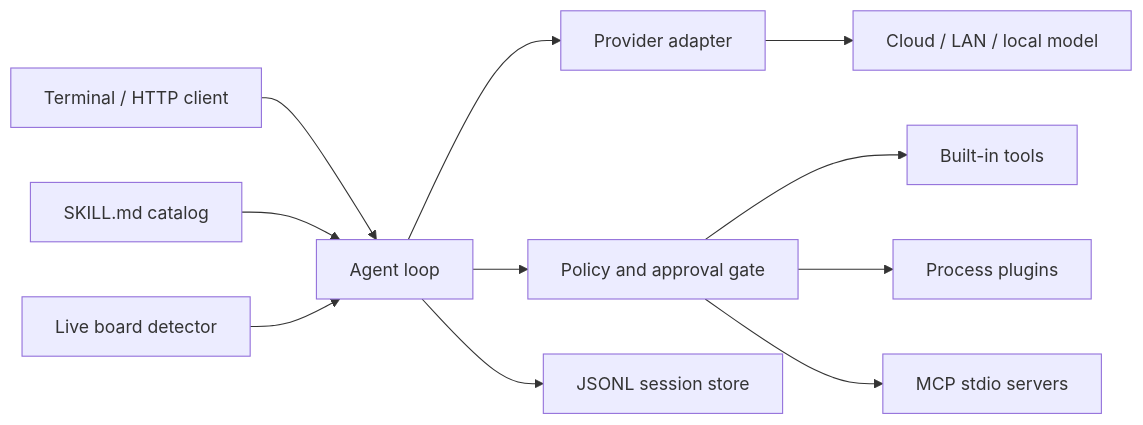
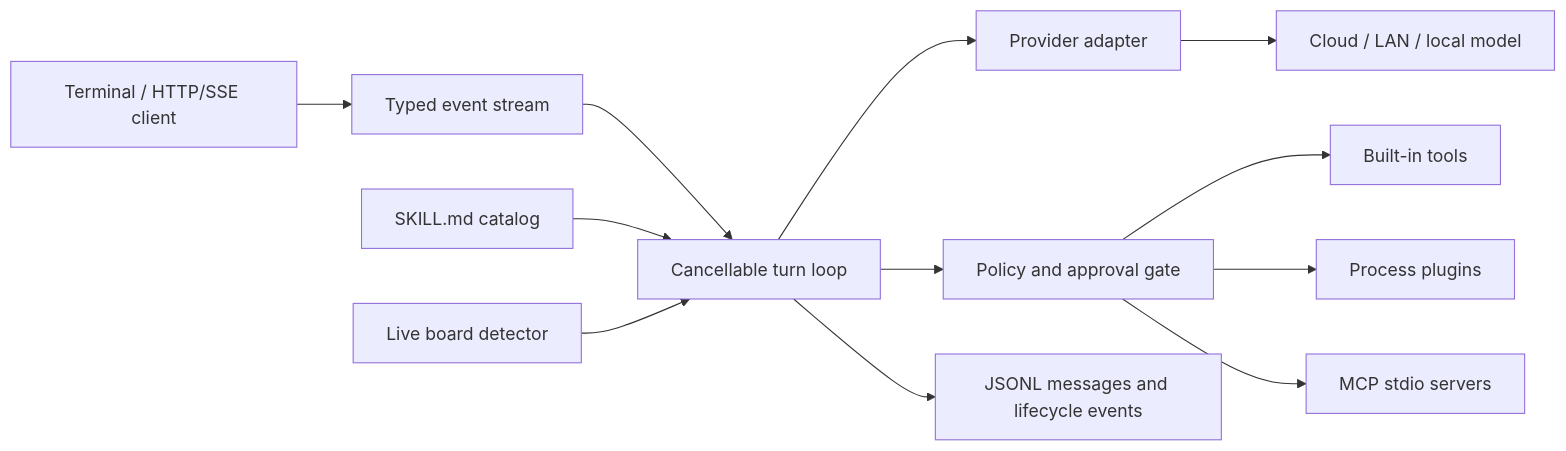
The diagram in docs/architecture.md (Kyrie-w8/hobot-code), drawn with Mermaid before and after one commit. The commit also changed other lines of this file and 15 other files, not shown here.

````diff
--- a/docs/architecture.md
+++ b/docs/architecture.md
@@ -5,13 +5,14 @@
 ```mermaid
 flowchart LR
-  U["Terminal / HTTP client"] --> A["Agent loop"]
+  U["Terminal / HTTP/SSE client"] --> E["Typed event stream"]
+  E --> A["Cancellable turn loop"]
   A --> P["Provider adapter"]
   P --> M["Cloud / LAN / local model"]
   A --> G["Policy and approval gate"]
   G --> T["Built-in tools"]
   G --> X["Process plugins"]
   G --> C["MCP stdio servers"]
-  A --> S["JSONL session store"]
+  A --> S["JSONL messages and lifecycle events"]
   K["SKILL.md catalog"] --> A
   B["Live board detector"] --> A
 ```
````
